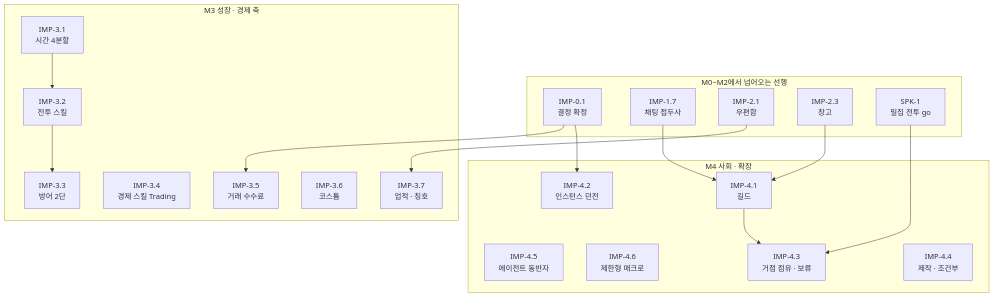
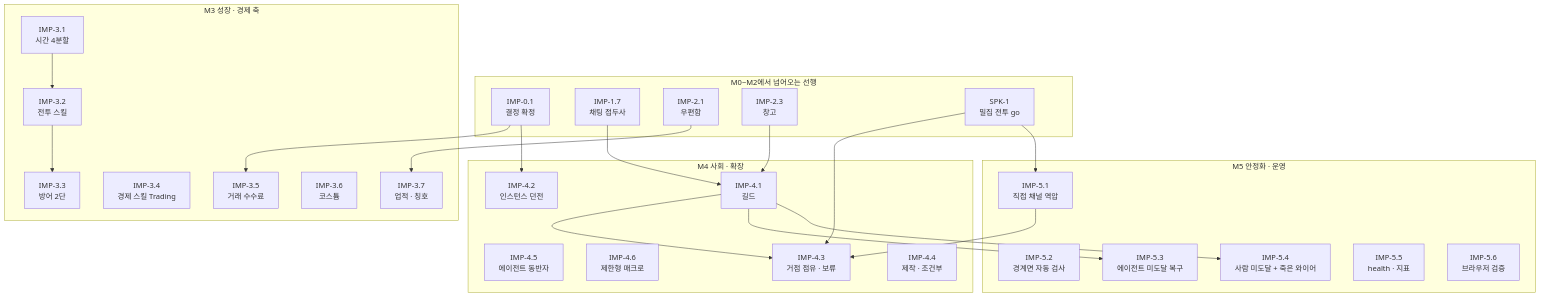
One commit to evelynn/OpenMMO-V1 changed the second of 2 diagrams in doc/DEVELOPMENT_MASTER_PLAN.md. Above: the diagram before and after it, drawn with Mermaid. The commit also changed other lines of this file and 1 other file, not shown here.

````diff
--- a/doc/DEVELOPMENT_MASTER_PLAN.md
+++ b/doc/DEVELOPMENT_MASTER_PLAN.md
@@ -293,38 +297,51 @@
 ```mermaid
 flowchart TD
   subgraph carry["M0~M2에서 넘어오는 선행"]
     C01["IMP-0.1<br/>결정 확정"]
     C17["IMP-1.7<br/>채팅 접두사"]
     C21["IMP-2.1<br/>우편함"]
     C23["IMP-2.3<br/>창고"]
     CS1["SPK-1<br/>밀집 전투 go"]
   end
 
   subgraph M3["M3 성장 · 경제 축"]
     I31["IMP-3.1<br/>시간 4분할"]
     I32["IMP-3.2<br/>전투 스킬"]
     I33["IMP-3.3<br/>방어 2단"]
     I34["IMP-3.4<br/>경제 스킬 Trading"]
     I35["IMP-3.5<br/>거래 수수료"]
     I36["IMP-3.6<br/>코스튬"]
     I37["IMP-3.7<br/>업적 · 칭호"]
   end
 
   subgraph M4["M4 사회 · 확장"]
     I41["IMP-4.1<br/>길드"]
     I42["IMP-4.2<br/>인스턴스 던전"]
     I45["IMP-4.5<br/>에이전트 동반자"]
     I46["IMP-4.6<br/>제한형 매크로"]
     I43["IMP-4.3<br/>거점 점유 · 보류"]
     I44["IMP-4.4<br/>제작 · 조건부"]
   end
 
+  subgraph M5["M5 안정화 · 운영"]
+    I51["IMP-5.1<br/>직접 채널 역압"]
+    I52["IMP-5.2<br/>경계면 자동 검사"]
+    I53["IMP-5.3<br/>에이전트 미도달 복구"]
+    I54["IMP-5.4<br/>사람 미도달 + 죽은 와이어"]
+    I55["IMP-5.5<br/>health · 지표"]
+    I56["IMP-5.6<br/>브라우저 검증"]
+  end
+
   I31 --> I32 --> I33
   C21 --> I37
   C23 --> I41
   C17 --> I41
   C01 --> I35
   C01 --> I42
   CS1 --> I43
   I41 --> I43
+  CS1 --> I51
+  I51 --> I43
+  I41 --> I53
+  I41 --> I54
 ```
````
